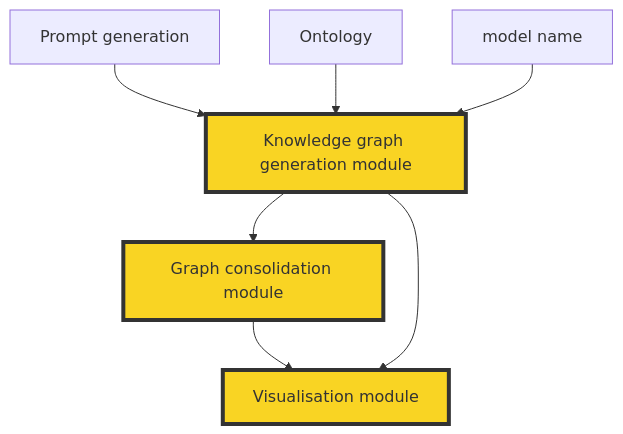
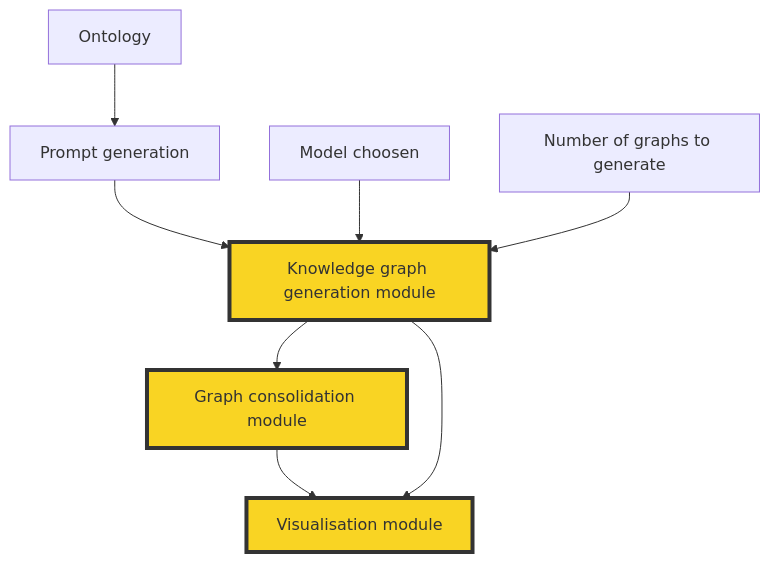
The diagram in docs/system-architecture/modules_overview.md (Orange-OpenSource/Ontology2Graph), drawn with Mermaid before and after one commit. The commit also changed other lines of this file and 4 other files, not shown here.

````diff
--- a/docs/system-architecture/modules_overview.md
+++ b/docs/system-architecture/modules_overview.md
@@ -27,10 +27,11 @@
 ```mermaid
 graph TD
     A[Prompt generation] --> C[Knowledge graph generation module]:::highlight
-    B[Ontology] --> C
-    toto[model name] --> C
+    B[Ontology] --> A
+    BB[Model choosen] --> C:::highliht
+    BBB[Number of graphs to generate] --> C
     C --> D[Graph consolidation module]:::highlight
     D --> E[Visualisation module]:::highlight
     C --> E
     classDef highlight fill:#f9d423,stroke:#333,stroke-width:4px;
 ```
````
